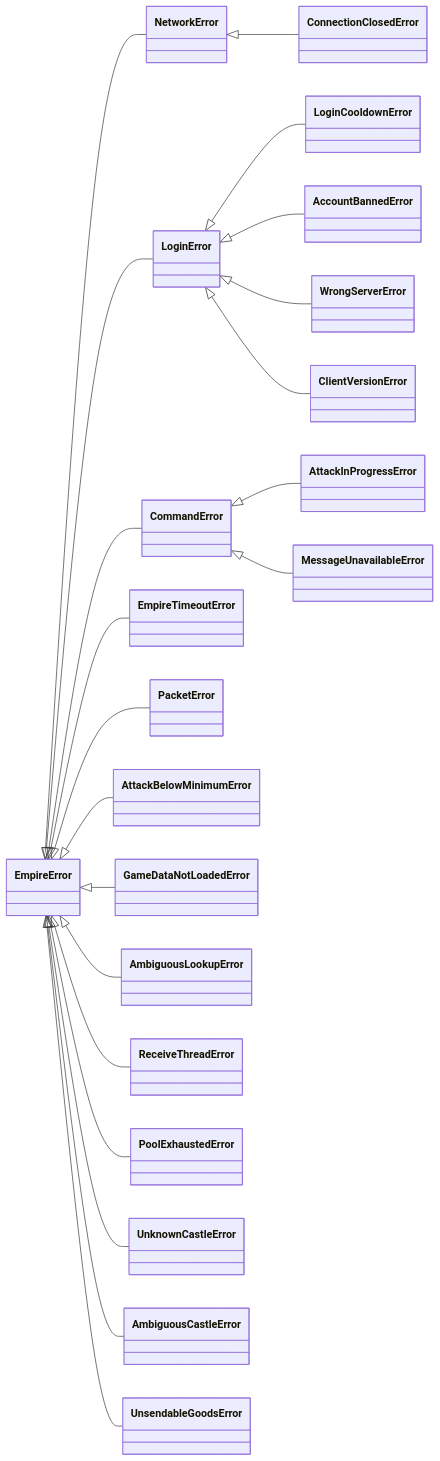
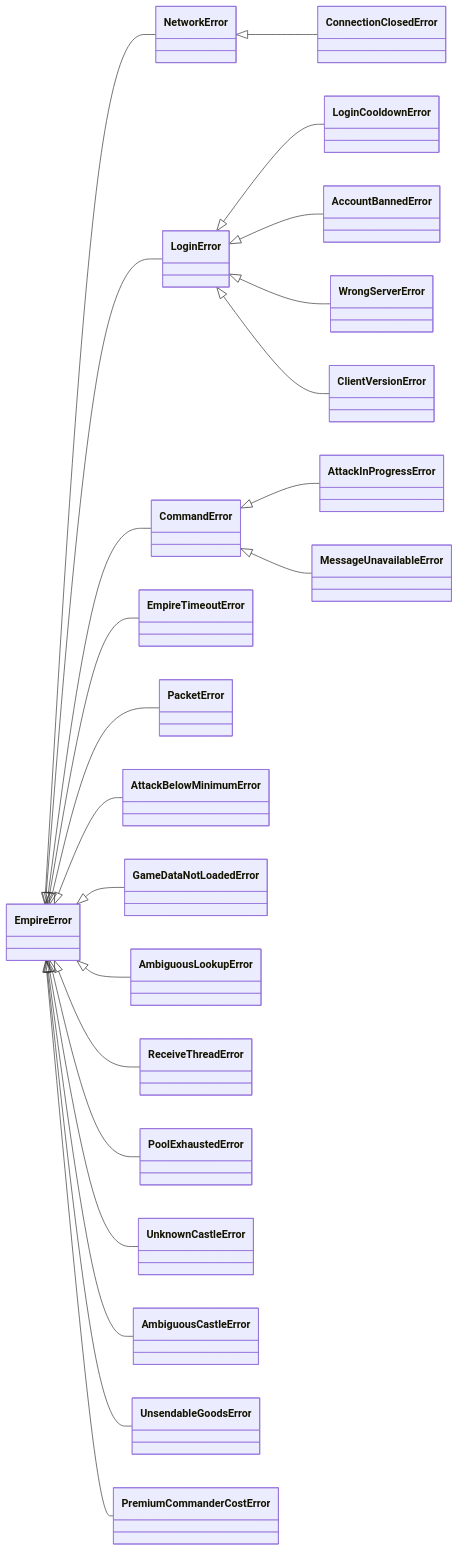
Before and after one commit to caluoxd/EmpireCore: the diagram in docs/guides/errors.md, drawn with Mermaid. The commit also changed other lines of this file and 23 other files, not shown here.

````diff
--- a/docs/guides/errors.md
+++ b/docs/guides/errors.md
@@ -32,24 +32,25 @@
 ```mermaid
 classDiagram
     direction LR
     EmpireError <|-- NetworkError
     NetworkError <|-- ConnectionClosedError
     EmpireError <|-- LoginError
     LoginError <|-- LoginCooldownError
     LoginError <|-- AccountBannedError
     LoginError <|-- WrongServerError
     LoginError <|-- ClientVersionError
     EmpireError <|-- CommandError
     CommandError <|-- AttackInProgressError
     CommandError <|-- MessageUnavailableError
     EmpireError <|-- EmpireTimeoutError
     EmpireError <|-- PacketError
     EmpireError <|-- AttackBelowMinimumError
     EmpireError <|-- GameDataNotLoadedError
     EmpireError <|-- AmbiguousLookupError
     EmpireError <|-- ReceiveThreadError
     EmpireError <|-- PoolExhaustedError
     EmpireError <|-- UnknownCastleError
     EmpireError <|-- AmbiguousCastleError
     EmpireError <|-- UnsendableGoodsError
+    EmpireError <|-- PremiumCommanderCostError
 ```
````
